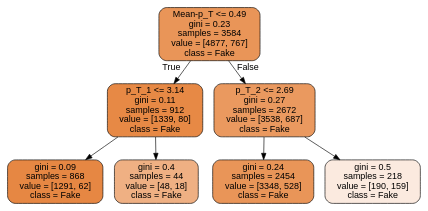
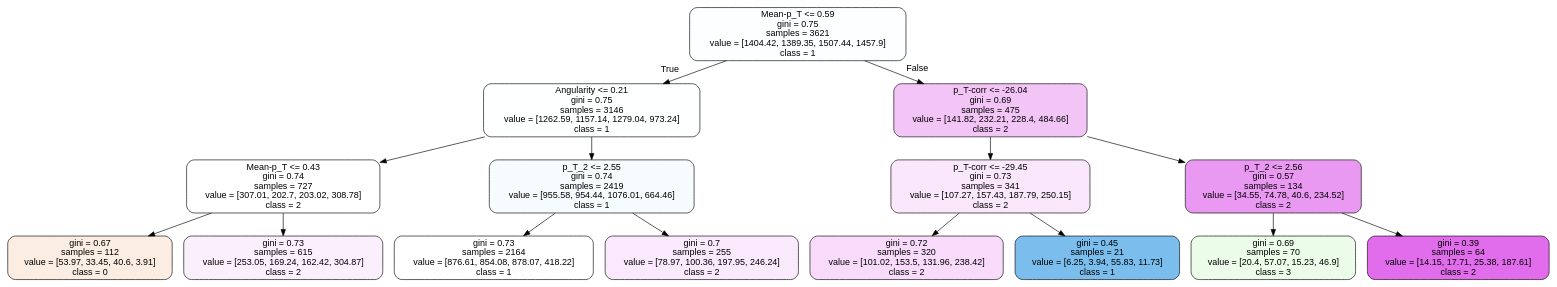
Before and after one commit to Steffanic/ML-Jet-BG-Subtraction: the diagram in Analysis_Code/tree.dot, drawn with Graphviz. The commit also changed 19 other files, not shown here.

```diff
--- a/Analysis_Code/tree.dot
+++ b/Analysis_Code/tree.dot
@@ -1,17 +1,33 @@
 digraph Tree {
 node [shape=box, style="filled, rounded", color="black", fontname=helvetica] ;
 edge [fontname=helvetica] ;
-0 [label="Mean-p_T <= 0.49\ngini = 0.23\nsamples = 3584\nvalue = [4877, 767]\nclass = Fake", fillcolor="#e99558"] ;
-1 [label="p_T_1 <= 3.14\ngini = 0.11\nsamples = 912\nvalue = [1339, 80]\nclass = Fake", fillcolor="#e78945"] ;
+0 [label="Mean-p_T <= 0.59\ngini = 0.75\nsamples = 3621\nvalue = [1404.42, 1389.35, 1507.44, 1457.9]\nclass = 1", fillcolor="#fdfeff"] ;
+1 [label="Angularity <= 0.21\ngini = 0.75\nsamples = 3146\nvalue = [1262.59, 1157.14, 1279.04, 973.24]\nclass = 1", fillcolor="#feffff"] ;
 0 -> 1 [labeldistance=2.5, labelangle=45, headlabel="True"] ;
-2 [label="gini = 0.09\nsamples = 868\nvalue = [1291, 62]\nclass = Fake", fillcolor="#e68743"] ;
+2 [label="Mean-p_T <= 0.43\ngini = 0.74\nsamples = 727\nvalue = [307.01, 202.7, 203.02, 308.78]\nclass = 2", fillcolor="#ffffff"] ;
 1 -> 2 ;
-3 [label="gini = 0.4\nsamples = 44\nvalue = [48, 18]\nclass = Fake", fillcolor="#efb083"] ;
-1 -> 3 ;
-4 [label="p_T_2 <= 2.69\ngini = 0.27\nsamples = 2672\nvalue = [3538, 687]\nclass = Fake", fillcolor="#ea995f"] ;
-0 -> 4 [labeldistance=2.5, labelangle=-45, headlabel="False"] ;
-5 [label="gini = 0.24\nsamples = 2454\nvalue = [3348, 528]\nclass = Fake", fillcolor="#e99558"] ;
-4 -> 5 ;
-6 [label="gini = 0.5\nsamples = 218\nvalue = [190, 159]\nclass = Fake", fillcolor="#fbeadf"] ;
-4 -> 6 ;
+3 [label="gini = 0.67\nsamples = 112\nvalue = [53.97, 33.45, 40.6, 3.91]\nclass = 0", fillcolor="#fbede2"] ;
+2 -> 3 ;
+4 [label="gini = 0.73\nsamples = 615\nvalue = [253.05, 169.24, 162.42, 304.87]\nclass = 2", fillcolor="#fceffd"] ;
+2 -> 4 ;
+5 [label="p_T_2 <= 2.55\ngini = 0.74\nsamples = 2419\nvalue = [955.58, 954.44, 1076.01, 664.46]\nclass = 1", fillcolor="#f6fbfe"] ;
+1 -> 5 ;
+6 [label="gini = 0.73\nsamples = 2164\nvalue = [876.61, 854.08, 878.07, 418.22]\nclass = 1", fillcolor="#ffffff"] ;
+5 -> 6 ;
+7 [label="gini = 0.7\nsamples = 255\nvalue = [78.97, 100.36, 197.95, 246.24]\nclass = 2", fillcolor="#fae9fc"] ;
+5 -> 7 ;
+8 [label="p_T-corr <= -26.04\ngini = 0.69\nsamples = 475\nvalue = [141.82, 232.21, 228.4, 484.66]\nclass = 2", fillcolor="#f3c5f7"] ;
+0 -> 8 [labeldistance=2.5, labelangle=-45, headlabel="False"] ;
+9 [label="p_T-corr <= -29.45\ngini = 0.73\nsamples = 341\nvalue = [107.27, 157.43, 187.79, 250.15]\nclass = 2", fillcolor="#fae7fc"] ;
+8 -> 9 ;
+10 [label="gini = 0.72\nsamples = 320\nvalue = [101.02, 153.5, 131.96, 238.42]\nclass = 2", fillcolor="#f8dbfa"] ;
+9 -> 10 ;
+11 [label="gini = 0.45\nsamples = 21\nvalue = [6.25, 3.94, 55.83, 11.73]\nclass = 1", fillcolor="#7bbeee"] ;
+9 -> 11 ;
+12 [label="p_T_2 <= 2.56\ngini = 0.57\nsamples = 134\nvalue = [34.55, 74.78, 40.6, 234.52]\nclass = 2", fillcolor="#ea99f2"] ;
+8 -> 12 ;
+13 [label="gini = 0.69\nsamples = 70\nvalue = [20.4, 57.07, 15.23, 46.9]\nclass = 3", fillcolor="#ebfce9"] ;
+12 -> 13 ;
+14 [label="gini = 0.39\nsamples = 64\nvalue = [14.15, 17.71, 25.38, 187.61]\nclass = 2", fillcolor="#e16dec"] ;
+12 -> 14 ;
 }
```
